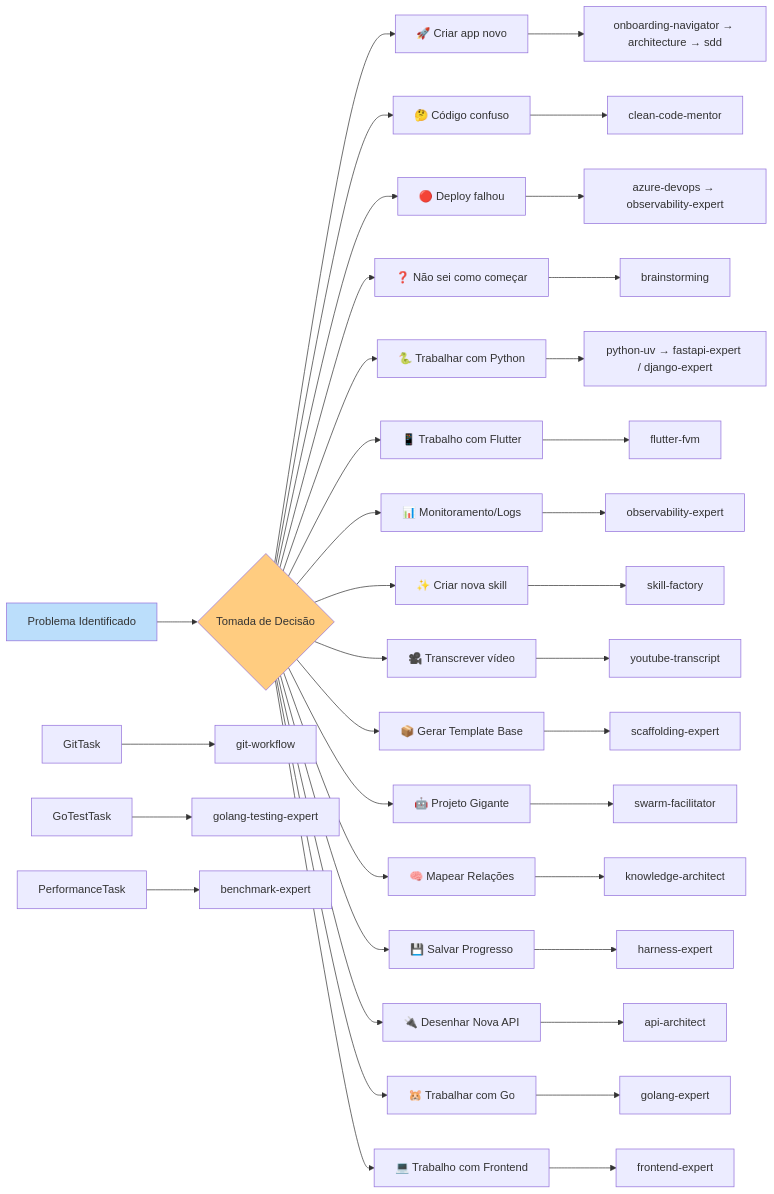
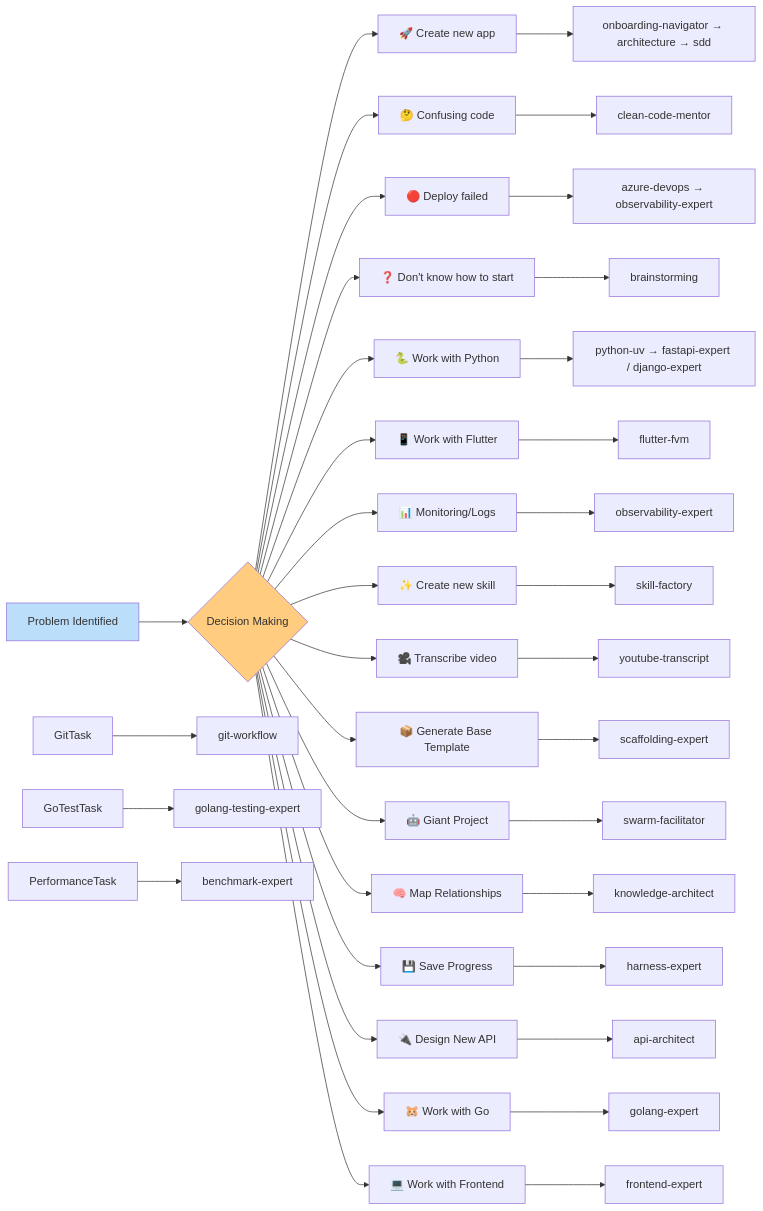
One commit to KlebersonCollab/skills changed the second of 2 diagrams in onboarding-navigator/references/skills-catalog.md. Above: the diagram before and after it, drawn with Mermaid. The commit also changed other lines of this file and 242 other files, not shown here.

Commit message:
chore: update documentation across skill definitions, scripts, and specifications while adding new project templates.

````diff
--- a/onboarding-navigator/references/skills-catalog.md
+++ b/onboarding-navigator/references/skills-catalog.md
@@ -111,44 +111,44 @@
 ```mermaid
 flowchart LR
-    Problem[Problema Identificado] --> Decision{Tomada de Decisão}
+    Problem[Problem Identified] --> Decision{Decision Making}
     
-    Decision --> NewApp["🚀 Criar app novo"]
-    Decision --> CodeSmell["🤔 Código confuso"]
-    Decision --> DeployFailed["🔴 Deploy falhou"]
-    Decision --> NoIdea["❓ Não sei como começar"]
-    Decision --> PythonTask["🐍 Trabalhar com Python"]
-    Decision --> FlutterTask["📱 Trabalho com Flutter"]
-    Decision --> Monitor["📊 Monitoramento/Logs"]
-    Decision --> NewSkill["✨ Criar nova skill"]
-    Decision --> YoutubeVid["🎥 Transcrever vídeo"]
-    Decision --> Scaffold["📦 Gerar Template Base"]
-    Decision --> Orchestrate["🤖 Projeto Gigante"]
-    Decision --> MapKnowledge["🧠 Mapear Relações"]
-    Decision --> SaveState["💾 Salvar Progresso"]
-    Decision --> NewAPI["🔌 Desenhar Nova API"]
-    Decision --> GoTask["🐹 Trabalhar com Go"]
-    Decision --> FrontendTask["💻 Trabalho com Frontend"]
+    Decision --> NewApp["🚀 Create new app"]
+    Decision --> CodeSmell["🤔 Confusing code"]
+    Decision --> DeployFailed["🔴 Deploy failed"]
+    Decision --> NoIdea["❓ Don't know how to start"]
+    Decision --> PythonTask["🐍 Work with Python"]
+    Decision --> FlutterTask["📱 Work with Flutter"]
+    Decision --> Monitor["📊 Monitoring/Logs"]
+    Decision --> NewSkill["✨ Create new skill"]
+    Decision --> YoutubeVid["🎥 Transcribe video"]
+    Decision --> Scaffold["📦 Generate Base Template"]
+    Decision --> Orchestrate["🤖 Giant Project"]
+    Decision --> MapKnowledge["🧠 Map Relationships"]
+    Decision --> SaveState["💾 Save Progress"]
+    Decision --> NewAPI["🔌 Design New API"]
+    Decision --> GoTask["🐹 Work with Go"]
+    Decision --> FrontendTask["💻 Work with Frontend"]
     
     NewApp --> Path1[onboarding-navigator → architecture → sdd]
     CodeSmell --> Path2[clean-code-mentor]
     DeployFailed --> Path3[azure-devops → observability-expert]
     NoIdea --> Path4[brainstorming]
     PythonTask --> Path5[python-uv → fastapi-expert / django-expert]
     FlutterTask --> Path6[flutter-fvm]
     Monitor --> Path7[observability-expert]
     NewSkill --> Path8[skill-factory]
     YoutubeVid --> Path9[youtube-transcript]
     Scaffold --> Path10[scaffolding-expert]
     Orchestrate --> Path11[swarm-facilitator]
     MapKnowledge --> Path12[knowledge-architect]
     SaveState --> Path13[harness-expert]
     NewAPI --> Path14[api-architect]
     GoTask --> Path15[golang-expert]
     FrontendTask --> Path16[frontend-expert]
     GitTask --> Path17[git-workflow]
     GoTestTask --> Path18[golang-testing-expert]
     PerformanceTask --> Path19[benchmark-expert]
     
     style Problem fill:#bbdefb
     style Decision fill:#ffcc80
 ```
````
